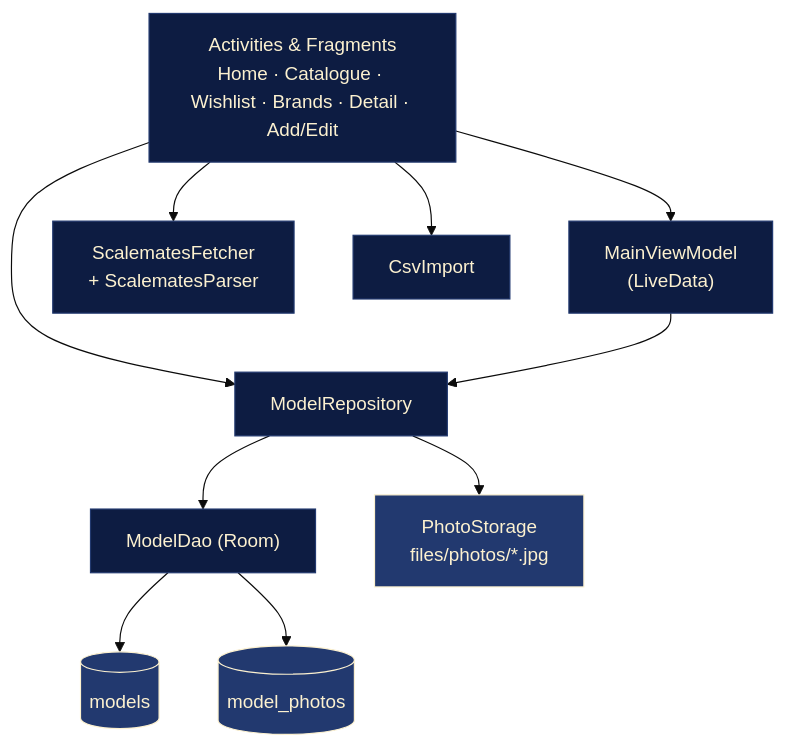
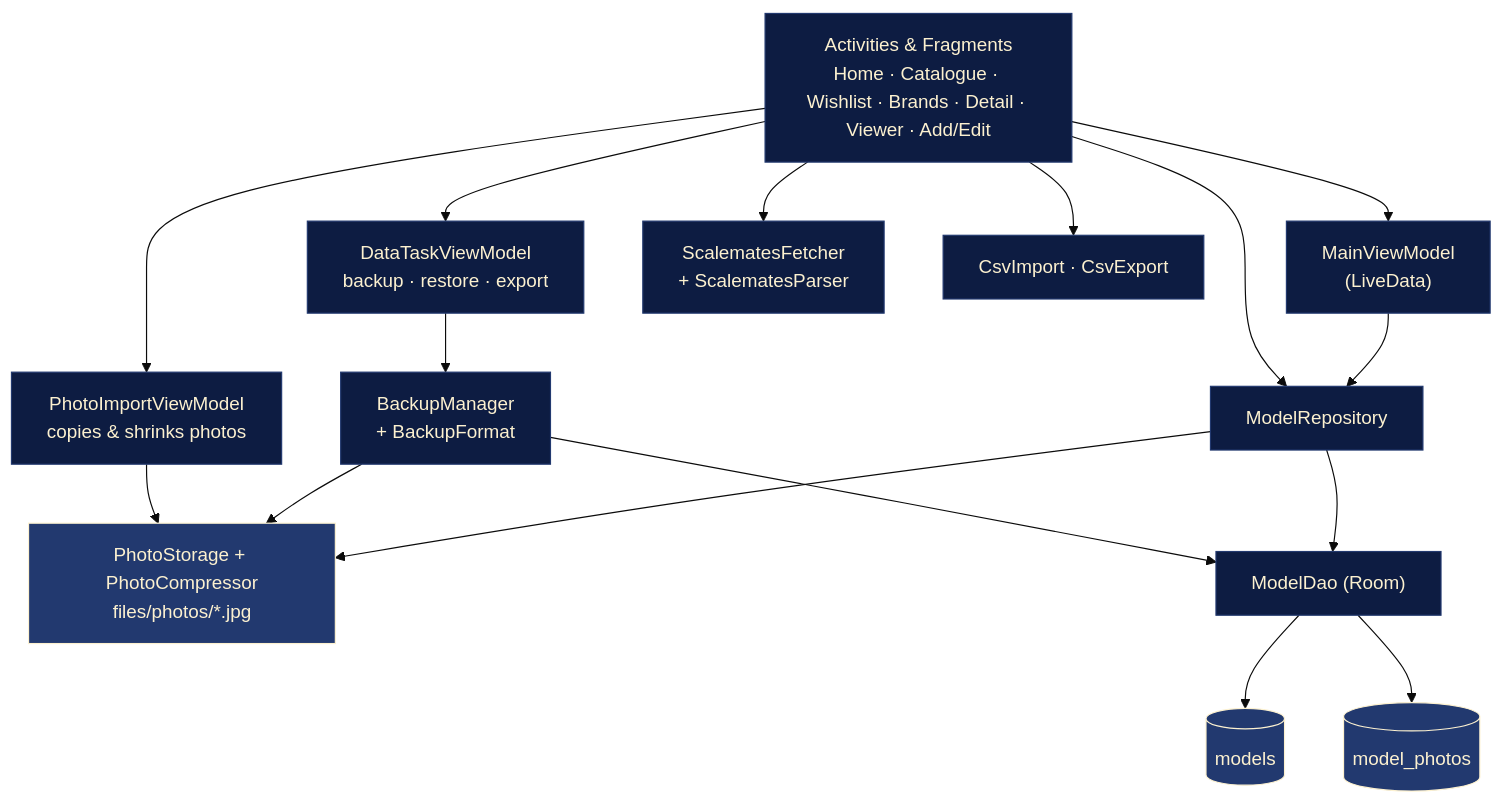
The diagram in README.md (SarthakBharad-AndroidStudio/model-stash), drawn with Mermaid (base theme) before and after one commit. The commit also changed other lines of this file and 53 other files, not shown here.

````diff
--- a/README.md
+++ b/README.md
@@ -123,17 +217,23 @@
 ```mermaid
 flowchart TD
-    UI["Activities & Fragments<br/>Home · Catalogue · Wishlist · Brands · Detail · Add/Edit"] --> VM["MainViewModel<br/>(LiveData)"]
+    UI["Activities & Fragments<br/>Home · Catalogue · Wishlist · Brands · Detail · Viewer · Add/Edit"] --> VM["MainViewModel<br/>(LiveData)"]
+    UI --> IVM["PhotoImportViewModel<br/>copies & shrinks photos"]
+    UI --> DVM["DataTaskViewModel<br/>backup · restore · export"]
     UI --> REPO[ModelRepository]
     VM --> REPO
+    IVM --> PS
+    DVM --> BM["BackupManager<br/>+ BackupFormat"]
+    BM --> DAO
+    BM --> PS
     REPO --> DAO["ModelDao (Room)"]
     DAO --> DB1[("models")]
     DAO --> DB2[("model_photos")]
-    REPO --> PS["PhotoStorage<br/>files/photos/*.jpg"]
+    REPO --> PS["PhotoStorage + PhotoCompressor<br/>files/photos/*.jpg"]
     UI --> SM["ScalematesFetcher<br/>+ ScalematesParser"]
-    UI --> CSV["CsvImport"]
+    UI --> CSV["CsvImport · CsvExport"]
 
     classDef navy fill:#0D1C42,stroke:#22396F,color:#FCF1D0
     classDef store fill:#22396F,stroke:#FCF1D0,color:#FCF1D0
-    class UI,VM,REPO,DAO,SM,CSV navy
+    class UI,VM,IVM,DVM,BM,REPO,DAO,SM,CSV navy
     class DB1,DB2,PS store
 ```
````
